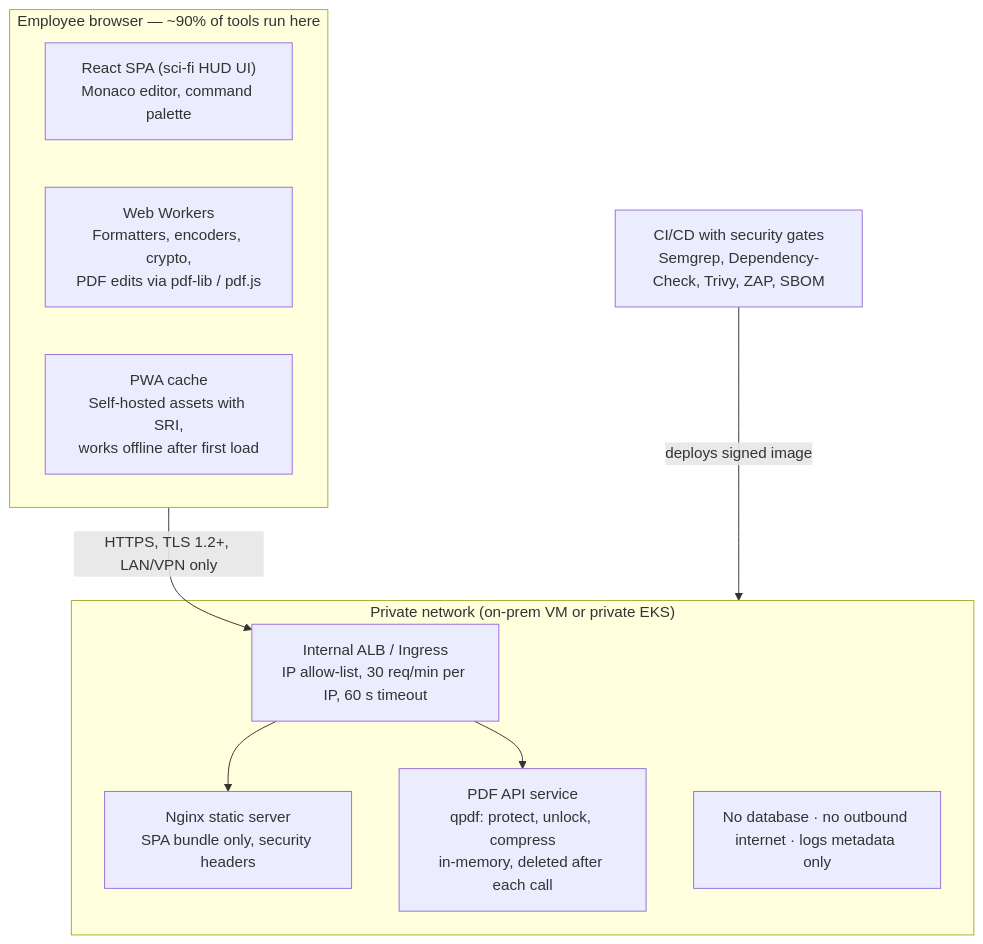
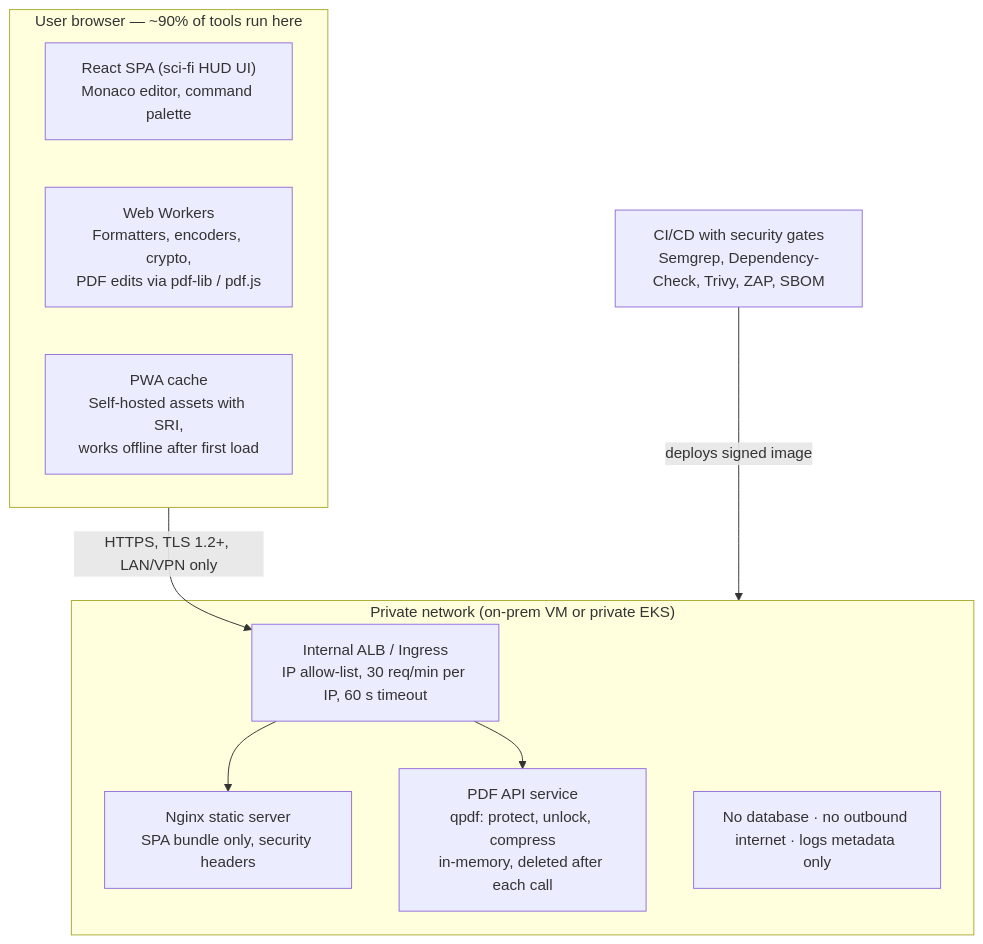
One commit to SandyGitRepo/DevTools changed the diagram in docs/requirements.md. Above: the diagram before and after it, drawn with Mermaid. The commit also changed other lines of this file and 28 other files, not shown here.

````diff
--- a/docs/requirements.md
+++ b/docs/requirements.md
@@ -275,22 +275,22 @@
 ```mermaid
 flowchart TB
-    subgraph Browser["Employee browser — ~90% of tools run here"]
+    subgraph Browser["User browser — ~90% of tools run here"]
         SPA["React SPA (sci-fi HUD UI)<br/>Monaco editor, command palette"]
         WW["Web Workers<br/>Formatters, encoders, crypto,<br/>PDF edits via pdf-lib / pdf.js"]
         PWA["PWA cache<br/>Self-hosted assets with SRI,<br/>works offline after first load"]
     end
 
     subgraph Net["Private network (on-prem VM or private EKS)"]
         ING["Internal ALB / Ingress<br/>IP allow-list, 30 req/min per IP, 60 s timeout"]
         NGX["Nginx static server<br/>SPA bundle only, security headers"]
         PDF["PDF API service<br/>qpdf: protect, unlock, compress<br/>in-memory, deleted after each call"]
         GUARD["No database · no outbound internet · logs metadata only"]
     end
 
     CI["CI/CD with security gates<br/>Semgrep, Dependency-Check, Trivy, ZAP, SBOM"]
 
     Browser -- "HTTPS, TLS 1.2+, LAN/VPN only" --> ING
     ING --> NGX
     ING --> PDF
     CI -- "deploys signed image" --> Net
 ```
````
